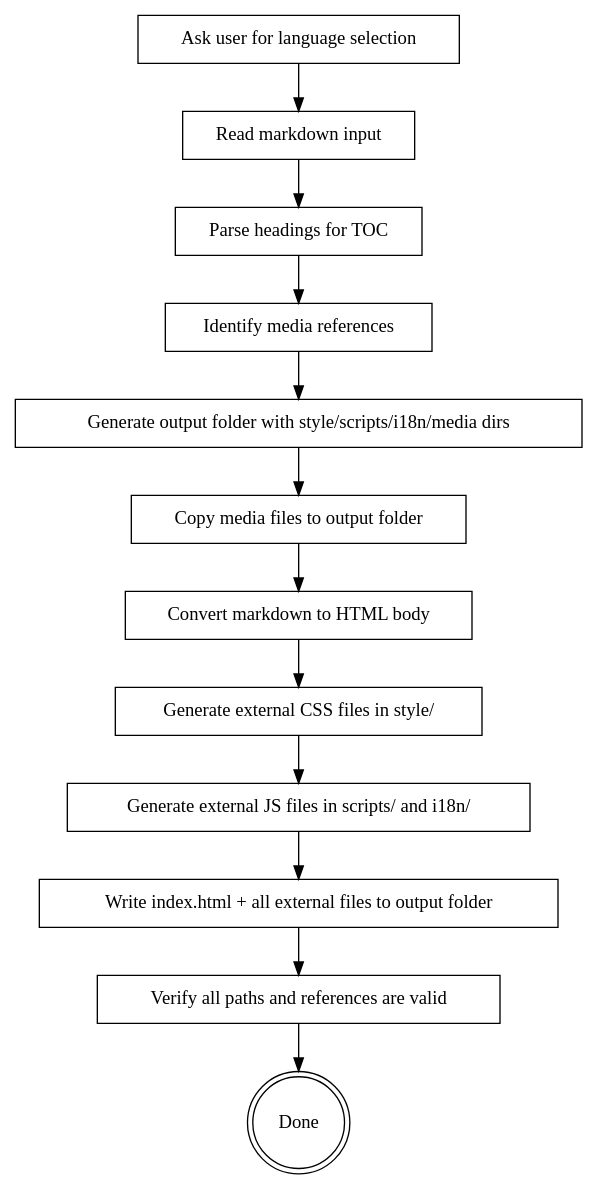
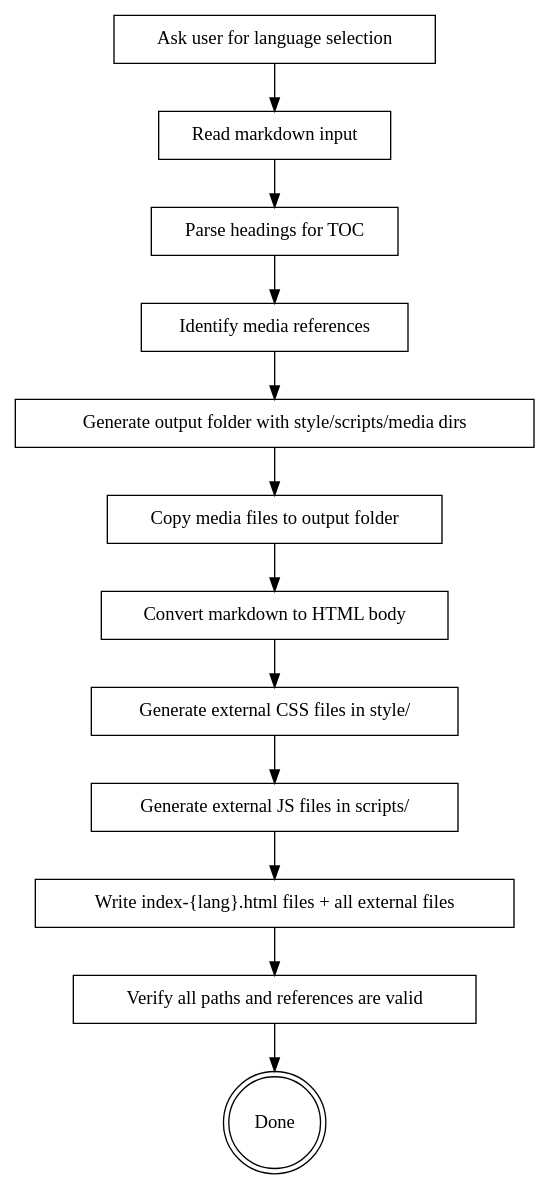
Before and after one commit to wisquest/yanzhi-user-manual-generator: the diagram in skills/generating-html-manual/SKILL.md, drawn with Graphviz. The commit also changed other lines of this file and 2 other files, not shown here.

````diff
--- a/skills/generating-html-manual/SKILL.md
+++ b/skills/generating-html-manual/SKILL.md
@@ -74,28 +70,28 @@
 ```dot
 digraph html_manual {
   "Ask user for language selection" [shape=box];
   "Read markdown input" [shape=box];
   "Parse headings for TOC" [shape=box];
   "Identify media references" [shape=box];
-  "Generate output folder with style/scripts/i18n/media dirs" [shape=box];
+  "Generate output folder with style/scripts/media dirs" [shape=box];
   "Copy media files to output folder" [shape=box];
   "Convert markdown to HTML body" [shape=box];
   "Generate external CSS files in style/" [shape=box];
-  "Generate external JS files in scripts/ and i18n/" [shape=box];
-  "Write index.html + all external files to output folder" [shape=box];
+  "Generate external JS files in scripts/" [shape=box];
+  "Write index-{lang}.html files + all external files" [shape=box];
   "Verify all paths and references are valid" [shape=box];
   "Done" [shape=doublecircle];
 
   "Ask user for language selection" -> "Read markdown input";
   "Read markdown input" -> "Parse headings for TOC";
   "Parse headings for TOC" -> "Identify media references";
-  "Identify media references" -> "Generate output folder with style/scripts/i18n/media dirs";
-  "Generate output folder with style/scripts/i18n/media dirs" -> "Copy media files to output folder";
+  "Identify media references" -> "Generate output folder with style/scripts/media dirs";
+  "Generate output folder with style/scripts/media dirs" -> "Copy media files to output folder";
   "Copy media files to output folder" -> "Convert markdown to HTML body";
   "Convert markdown to HTML body" -> "Generate external CSS files in style/";
-  "Generate external CSS files in style/" -> "Generate external JS files in scripts/ and i18n/";
-  "Generate external JS files in scripts/ and i18n/" -> "Write index.html + all external files to output folder";
-  "Write index.html + all external files to output folder" -> "Verify all paths and references are valid";
+  "Generate external CSS files in style/" -> "Generate external JS files in scripts/";
+  "Generate external JS files in scripts/" -> "Write index-{lang}.html files + all external files";
+  "Write index-{lang}.html files + all external files" -> "Verify all paths and references are valid";
   "Verify all paths and references are valid" -> "Done";
 }
 ```
````
